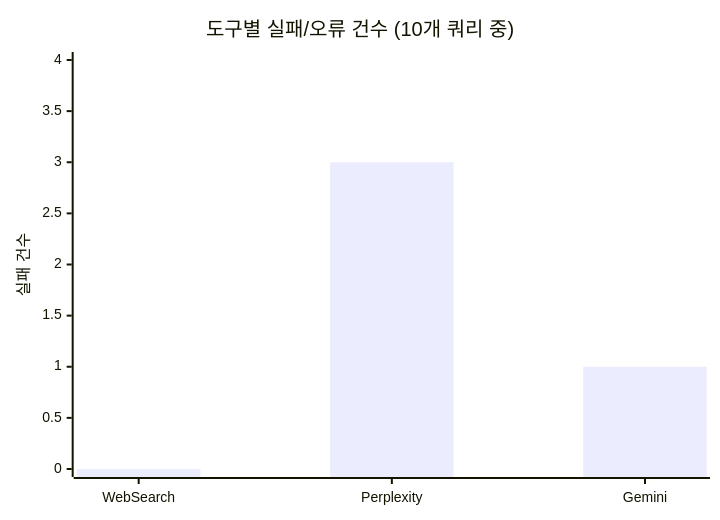
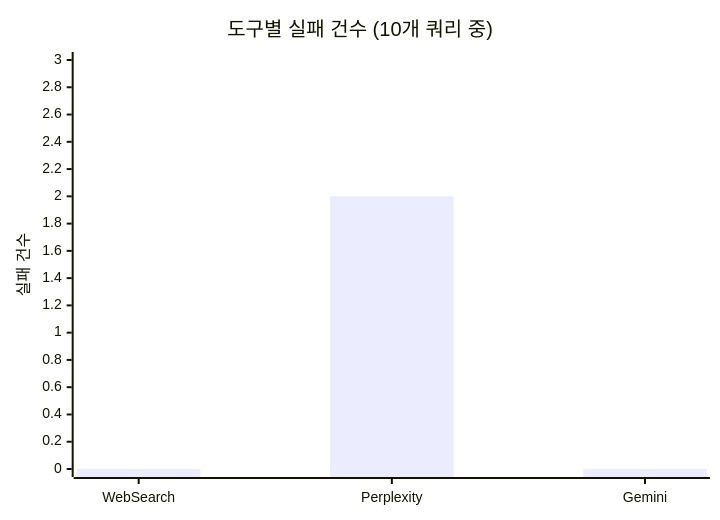
The third of 3 diagrams in src/posts/search-mcp-comparison.md (hansonkim/hansonkim.github.io), drawn with Mermaid before and after one commit. The commit also changed other lines of this file, not shown here.

````diff
--- a/src/posts/search-mcp-comparison.md
+++ b/src/posts/search-mcp-comparison.md
@@ -269,7 +182,7 @@
 ```mermaid
 xychart-beta
-    title "도구별 실패/오류 건수 (10개 쿼리 중)"
+    title "도구별 실패 건수 (10개 쿼리 중)"
     x-axis ["WebSearch", "Perplexity", "Gemini"]
-    y-axis "실패 건수" 0 --> 4
-    bar [0, 3, 1]
+    y-axis "실패 건수" 0 --> 3
+    bar [0, 2, 0]
 ```
````
